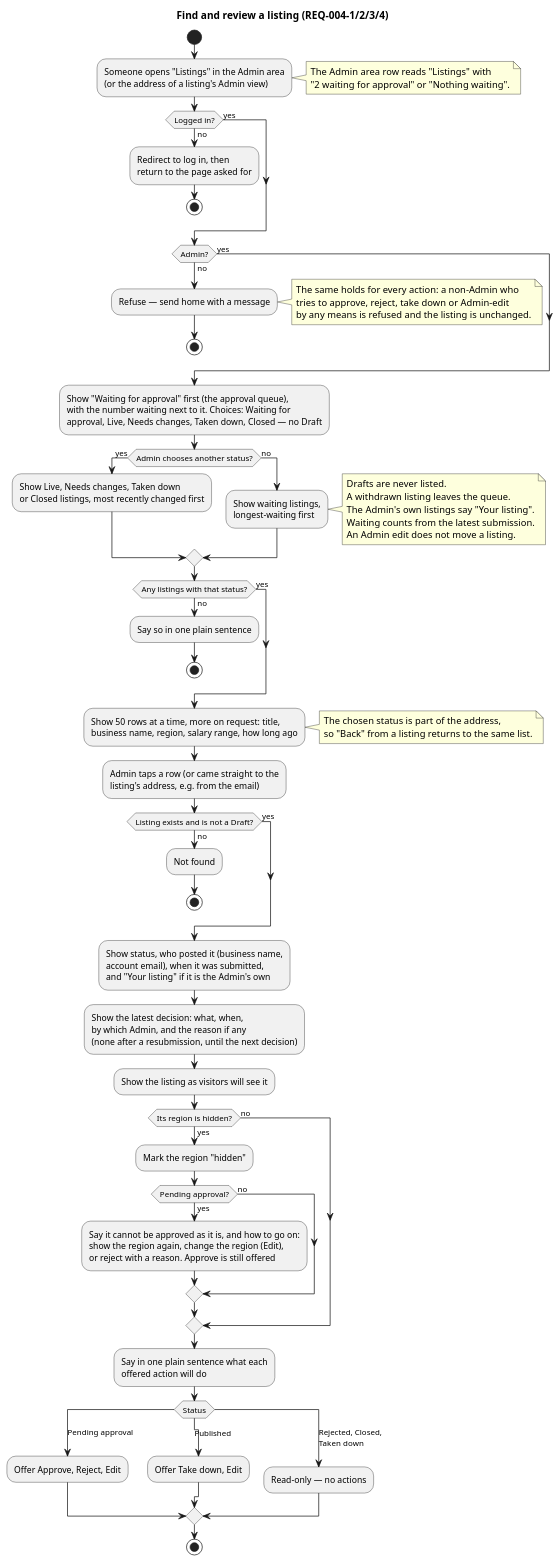
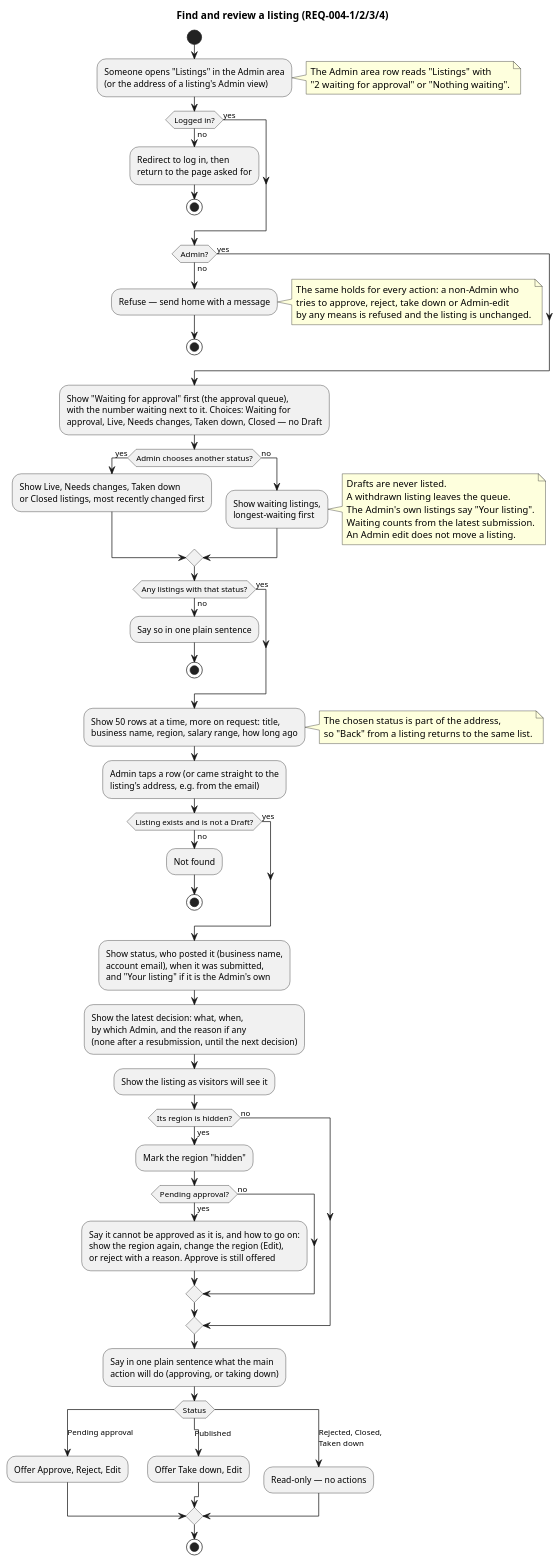
The diagram in docs/specs/004-listings-admin-moderation/diagrams/activity-find-and-review.puml (raseniero/jairojobs-elixir), drawn with PlantUML before and after one commit. The commit also changed 3 other files, not shown here.

Commit message:
docs(spec 004): REQ-004-4 asks for one sentence on the main action (amended to match the built screen)

```diff
--- a/docs/specs/004-listings-admin-moderation/diagrams/activity-find-and-review.puml
+++ b/docs/specs/004-listings-admin-moderation/diagrams/activity-find-and-review.puml
@@ -1,91 +1,91 @@
 @startuml activity-find-and-review
 ' Spec 004 — who may moderate, the queue, listings by status, the Admin view (REQ-004-1, -2, -3, -4)
 title Find and review a listing (REQ-004-1/2/3/4)
 
 start
 :Someone opens "Listings" in the Admin area
 (or the address of a listing's Admin view);
 note right
   The Admin area row reads "Listings" with
   "2 waiting for approval" or "Nothing waiting".
 end note
 if (Logged in?) then (no)
   :Redirect to log in, then
   return to the page asked for;
   stop
 else (yes)
 endif
 if (Admin?) then (no)
   :Refuse — send home with a message;
   note right
     The same holds for every action: a non-Admin who
     tries to approve, reject, take down or Admin-edit
     by any means is refused and the listing is unchanged.
   end note
   stop
 else (yes)
 endif
 :Show "Waiting for approval" first (the approval queue),
 with the number waiting next to it. Choices: Waiting for
 approval, Live, Needs changes, Taken down, Closed — no Draft;
 if (Admin chooses another status?) then (yes)
   :Show Live, Needs changes, Taken down
   or Closed listings, most recently changed first;
 else (no)
   :Show waiting listings,
   longest-waiting first;
   note right
     Drafts are never listed.
     A withdrawn listing leaves the queue.
     The Admin's own listings say "Your listing".
     Waiting counts from the latest submission.
     An Admin edit does not move a listing.
   end note
 endif
 if (Any listings with that status?) then (no)
   :Say so in one plain sentence;
   stop
 else (yes)
 endif
 :Show 50 rows at a time, more on request: title,
 business name, region, salary range, how long ago;
 note right
   The chosen status is part of the address,
   so "Back" from a listing returns to the same list.
 end note
 :Admin taps a row (or came straight to the
 listing's address, e.g. from the email);
 if (Listing exists and is not a Draft?) then (no)
   :Not found;
   stop
 else (yes)
 endif
 :Show status, who posted it (business name,
 account email), when it was submitted,
 and "Your listing" if it is the Admin's own;
 :Show the latest decision: what, when,
 by which Admin, and the reason if any
 (none after a resubmission, until the next decision);
 :Show the listing as visitors will see it;
 if (Its region is hidden?) then (yes)
   :Mark the region "hidden";
   if (Pending approval?) then (yes)
     :Say it cannot be approved as it is, and how to go on:
     show the region again, change the region (Edit),
     or reject with a reason. Approve is still offered;
   else (no)
   endif
 else (no)
 endif
-:Say in one plain sentence what each
-offered action will do;
+:Say in one plain sentence what the main
+action will do (approving, or taking down);
 switch (Status)
 case (Pending approval)
   :Offer Approve, Reject, Edit;
 case (Published)
   :Offer Take down, Edit;
 case (Rejected, Closed,\nTaken down)
   :Read-only — no actions;
 endswitch
 stop
 @enduml
```
